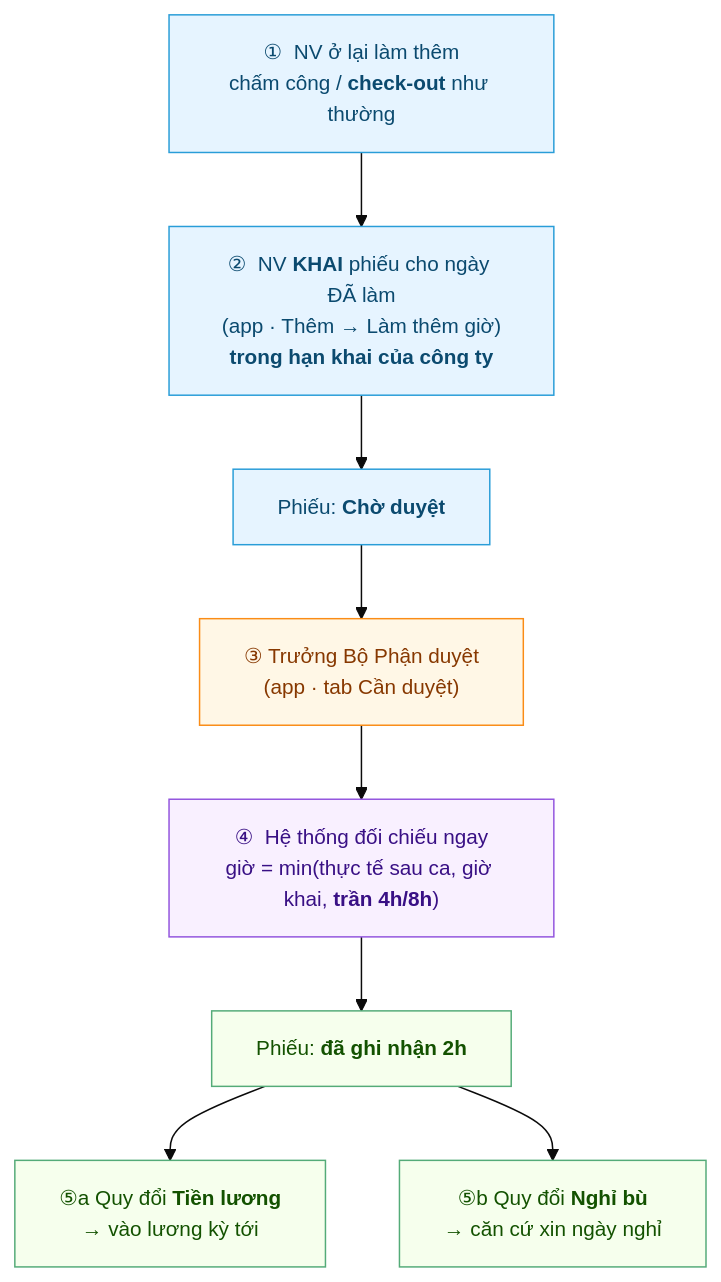
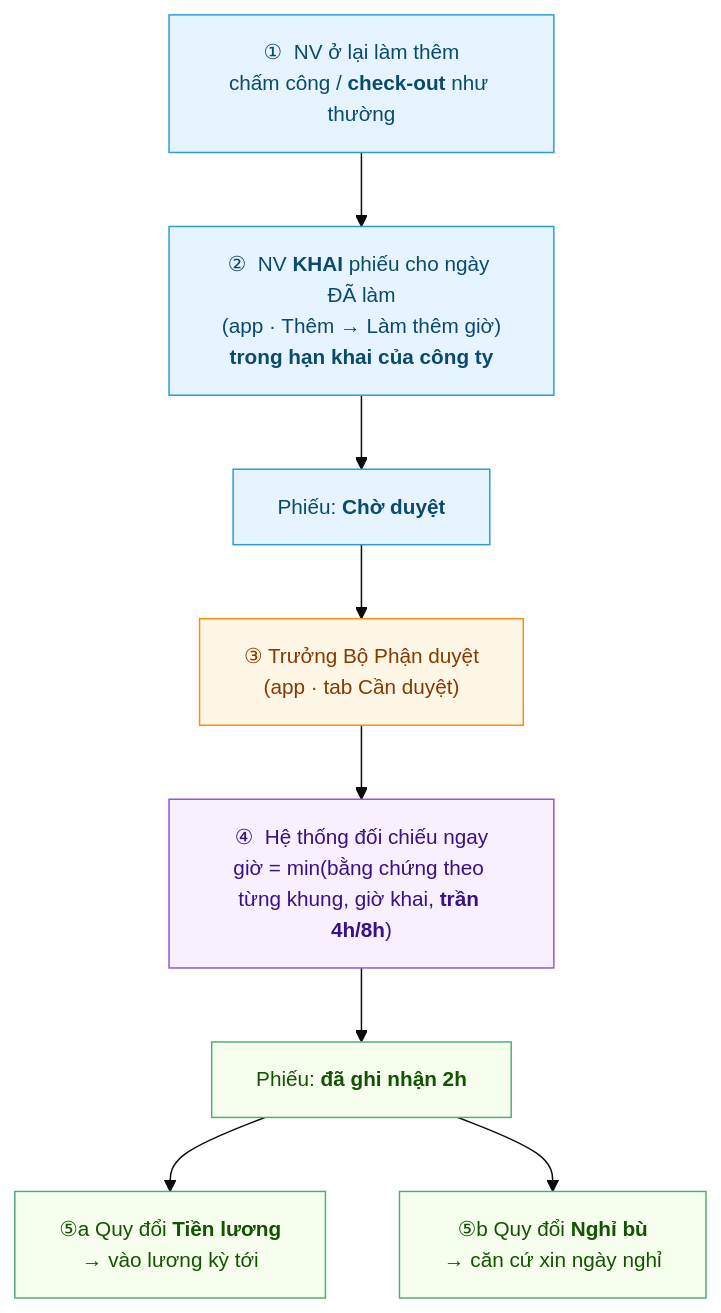
Before and after one commit to CobeGroup/cobe_erp_documents: the diagram in users/Hanh-Trinh-OT.md, drawn with Mermaid. The commit also changed other lines of this file and 5 other files, not shown here.

````diff
--- a/users/Hanh-Trinh-OT.md
+++ b/users/Hanh-Trinh-OT.md
@@ -32,19 +32,19 @@
 ```mermaid
 %%{init:{'theme':'base','themeVariables':{'fontSize':'14px'}}}%%
 flowchart TB
   classDef nv fill:#e6f4ff,stroke:#299dd8,color:#0b4a6f;
   classDef mg fill:#fff7e6,stroke:#fa8c16,color:#873800;
   classDef sys fill:#f9f0ff,stroke:#9254de,color:#391085;
   classDef ok fill:#f6ffed,stroke:#54ab78,color:#135200;
   A["①  NV ở lại làm thêm<br/>chấm công / <b>check-out</b> như thường"]:::nv
   B["②  NV <b>KHAI</b> phiếu cho ngày ĐÃ làm<br/>(app · Thêm → Làm thêm giờ)<br/><b>trong hạn khai của công ty</b>"]:::nv
   C["Phiếu: <b>Chờ duyệt</b>"]:::nv
   D["③  Trưởng Bộ Phận duyệt<br/>(app · tab Cần duyệt)"]:::mg
-  E["④  Hệ thống đối chiếu ngay<br/>giờ = min(thực tế sau ca, giờ khai, <b>trần 4h/8h</b>)"]:::sys
+  E["④  Hệ thống đối chiếu ngay<br/>giờ = min(bằng chứng theo từng khung, giờ khai, <b>trần 4h/8h</b>)"]:::sys
   F["Phiếu: <b>đã ghi nhận 2h</b>"]:::ok
   G["⑤a  Quy đổi <b>Tiền lương</b><br/>→ vào lương kỳ tới"]:::ok
   H["⑤b  Quy đổi <b>Nghỉ bù</b><br/>→ căn cứ xin ngày nghỉ"]:::ok
   A --> B --> C --> D --> E --> F
   F --> G
   F --> H
 ```
````
